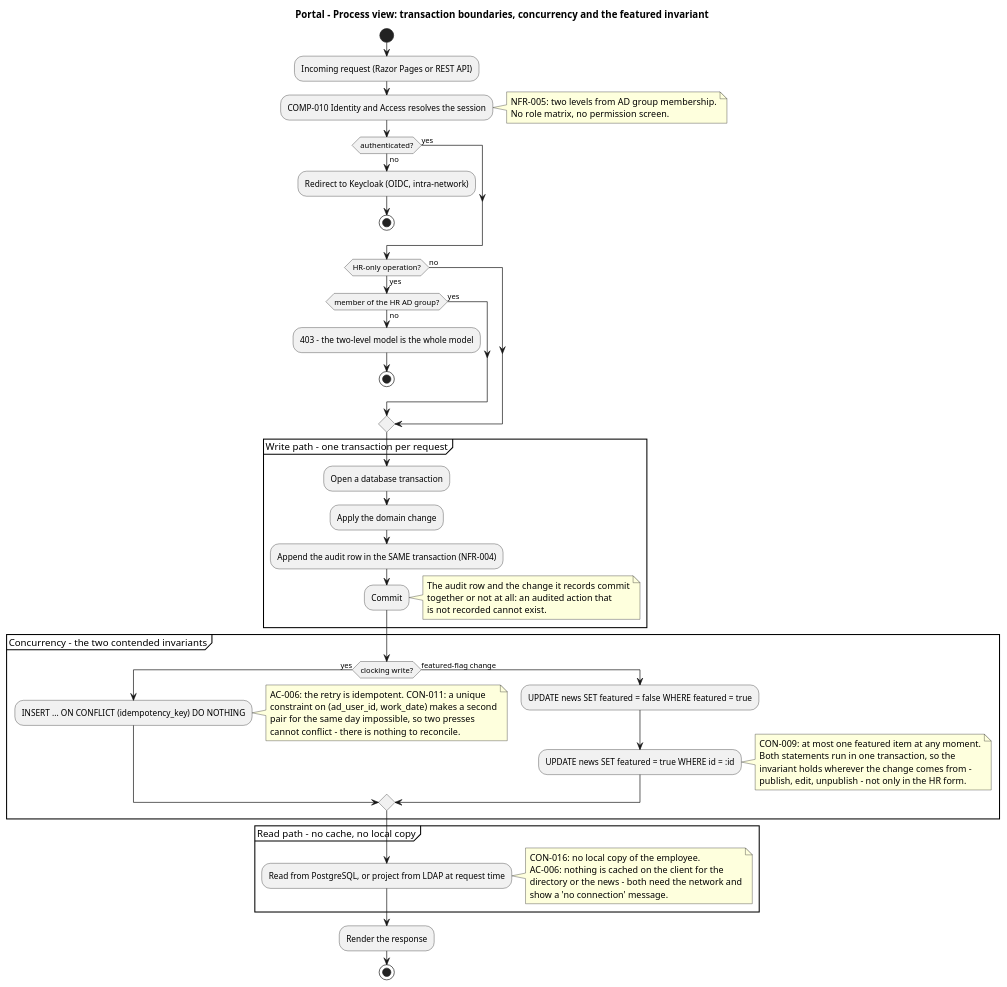
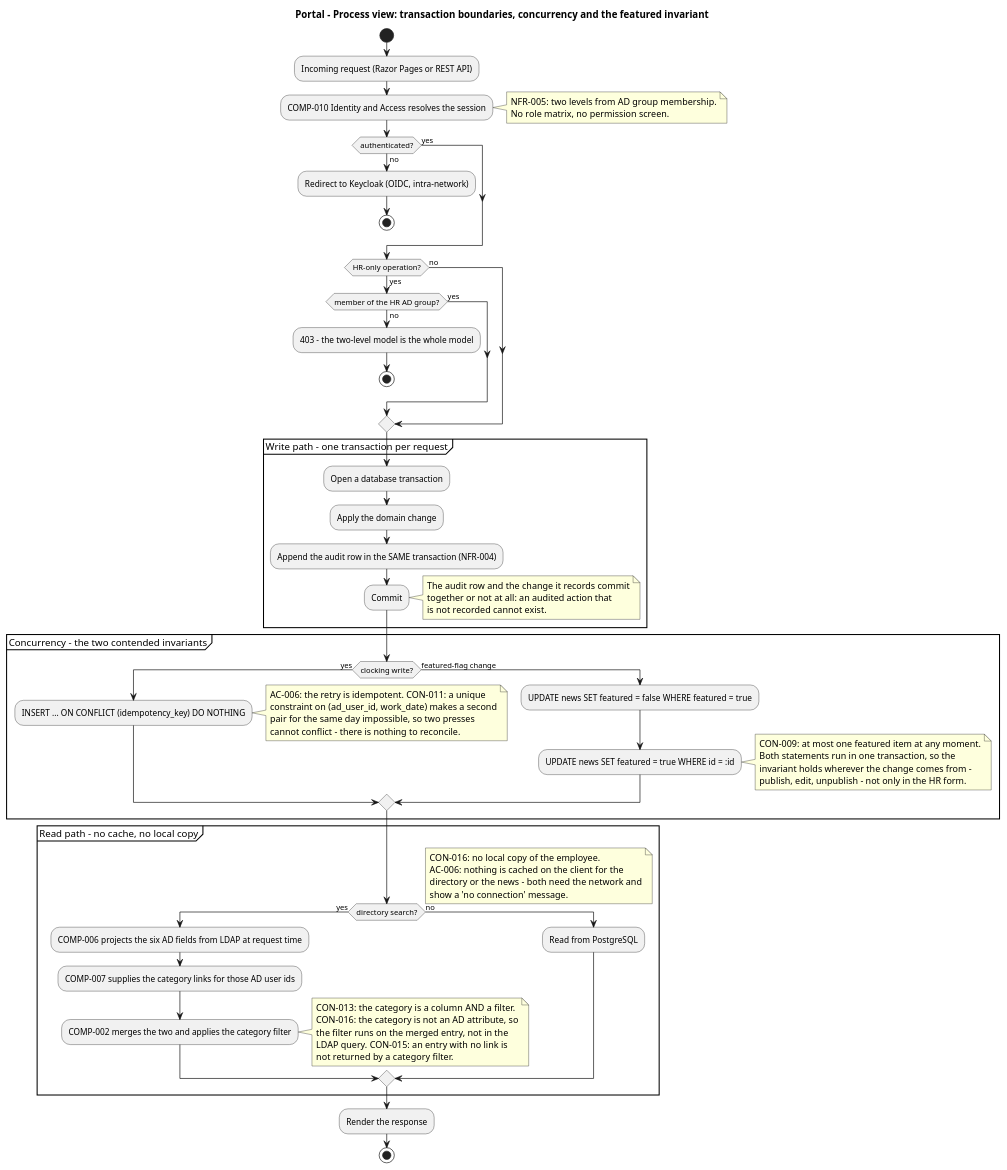
Before and after one commit to banense-test/portal: the seventh of 8 diagrams in docs/artifacts/analysis---design/software-architecture-document.md, drawn with PlantUML. The commit also changed other lines of this file, not shown here.

Commit message:
Software Architect [I3]: upsert Software Architecture Document
[skip ci]

```diff
--- a/docs/artifacts/analysis---design/software-architecture-document.md
+++ b/docs/artifacts/analysis---design/software-architecture-document.md
@@ -852,7 +852,20 @@
 }
 
 partition "Read path - no cache, no local copy" {
-  :Read from PostgreSQL, or project from LDAP at request time;
+  if (directory search?) then (yes)
+    :COMP-006 projects the six AD fields from LDAP at request time;
+    :COMP-007 supplies the category links for those AD user ids;
+    :COMP-002 merges the two and applies the category filter;
+    note right
+      CON-013: the category is a column AND a filter.
+      CON-016: the category is not an AD attribute, so
+      the filter runs on the merged entry, not in the
+      LDAP query. CON-015: an entry with no link is
+      not returned by a category filter.
+    end note
+  else (no)
+    :Read from PostgreSQL;
+  endif
   note right
     CON-016: no local copy of the employee.
     AC-006: nothing is cached on the client for the
```
